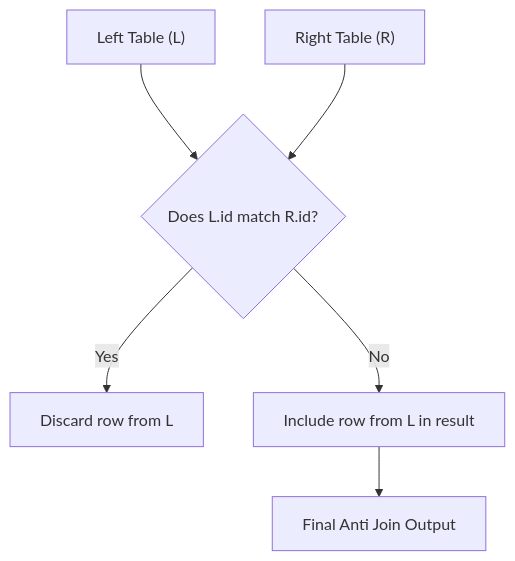
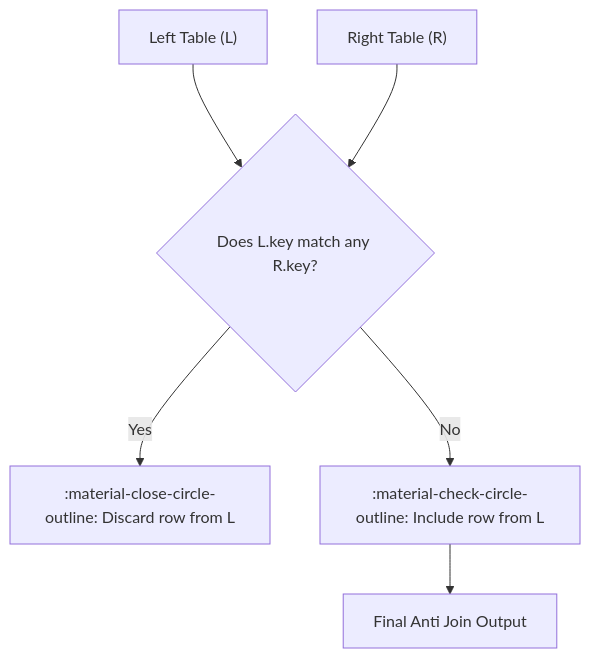
One commit to mahfooziiitian/spark-batch changed the second of 3 diagrams in spark-sql/docs/querying/joins/types/left_anti.md. Above: the diagram before and after it, drawn with Mermaid. The commit also changed other lines of this file and 130 other files, not shown here.

````diff
--- a/spark-sql/docs/querying/joins/types/left_anti.md
+++ b/spark-sql/docs/querying/joins/types/left_anti.md
@@ -35,10 +50,10 @@
 ```mermaid
 flowchart TD
-  A["Left Table (L)"] --> J{Does L.id match R.id?}
+  A["Left Table (L)"] --> J{Does L.key match any R.key?}
   R["Right Table (R)"] --> J
 
-  J -- Yes --> D1[Discard row from L]
-  J -- No --> D2[Include row from L in result]
+  J -- Yes --> D1[":material-close-circle-outline: Discard row from L"]
+  J -- No --> D2[":material-check-circle-outline: Include row from L"]
 
   D2 --> O[Final Anti Join Output]
 ```
````
